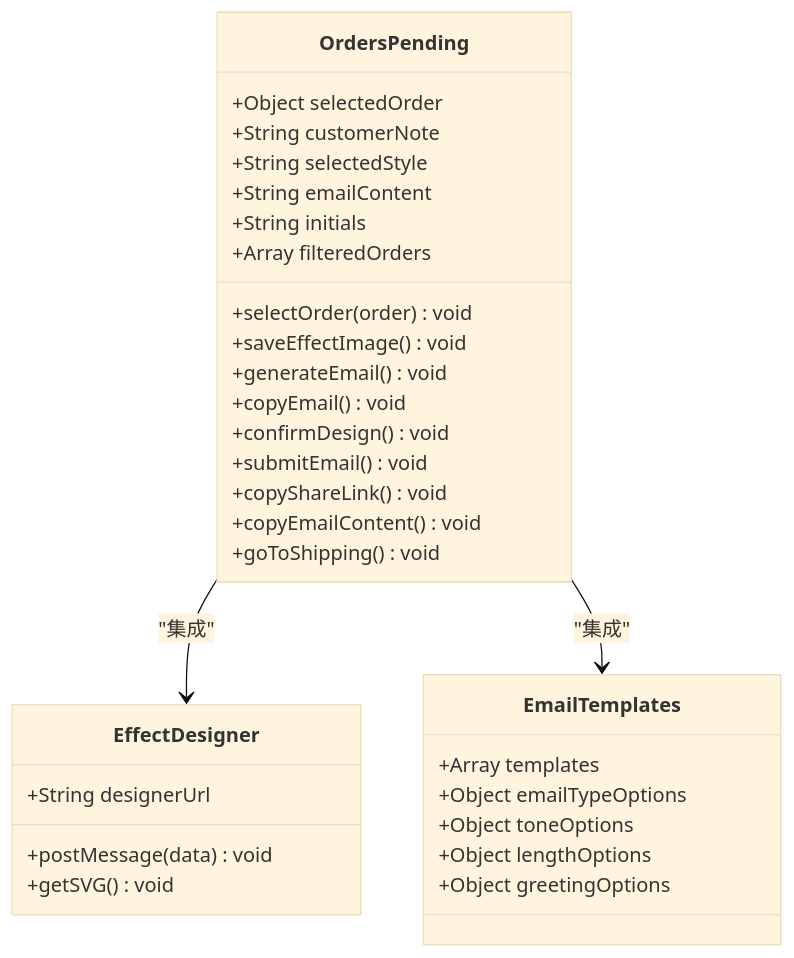
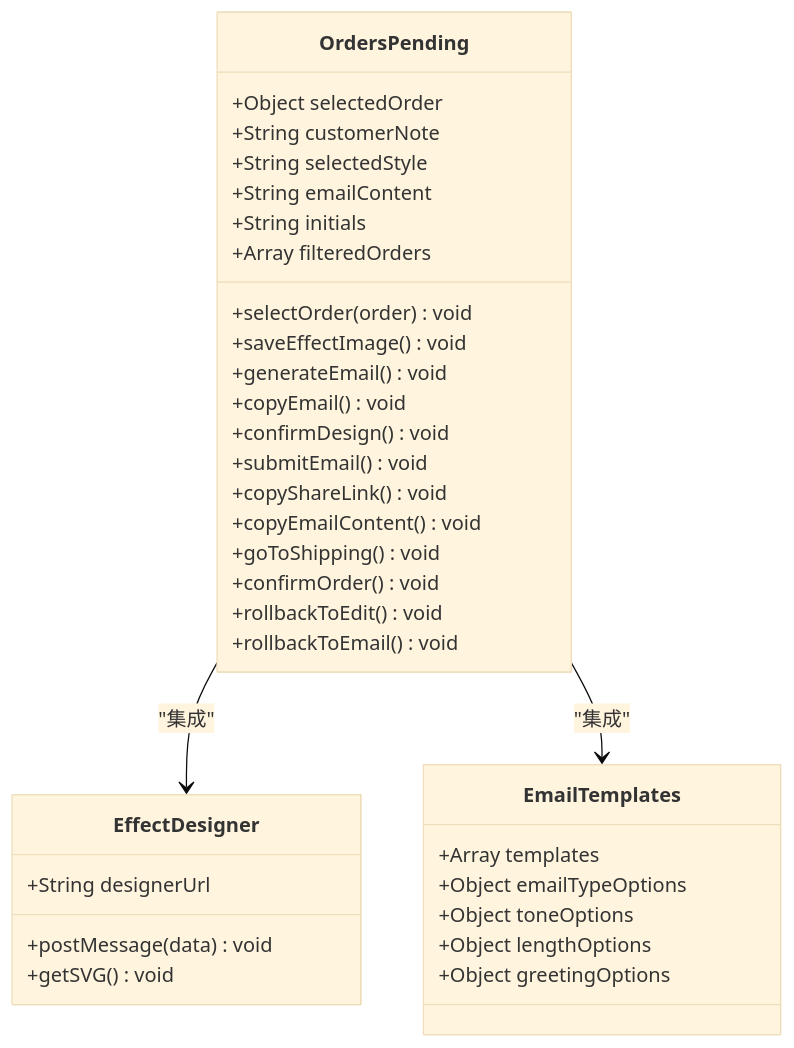
Diagram 12 of 27 in .qoder/repowiki/zh/content/开发指南/Vue组件架构.md (SY6621/POD-Order-Management), drawn with Mermaid (base theme) before and after one commit. The commit also changed other lines of this file and 6 other files, not shown here.

````diff
--- a/.qoder/repowiki/zh/content/开发指南/Vue组件架构.md
+++ b/.qoder/repowiki/zh/content/开发指南/Vue组件架构.md
@@ -352,34 +463,37 @@
 ```mermaid
 classDiagram
 class OrdersPending {
 +Object selectedOrder
 +String customerNote
 +String selectedStyle
 +String emailContent
 +String initials
 +Array filteredOrders
 +selectOrder(order) void
 +saveEffectImage() void
 +generateEmail() void
 +copyEmail() void
 +confirmDesign() void
 +submitEmail() void
 +copyShareLink() void
 +copyEmailContent() void
 +goToShipping() void
++confirmOrder() void
++rollbackToEdit() void
++rollbackToEmail() void
 }
 class EffectDesigner {
 +String designerUrl
 +postMessage(data) void
 +getSVG() void
 }
 class EmailTemplates {
 +Array templates
 +Object emailTypeOptions
 +Object toneOptions
 +Object lengthOptions
 +Object greetingOptions
 }
 OrdersPending --> EffectDesigner : "集成"
 OrdersPending --> EmailTemplates : "集成"
 ```
````
